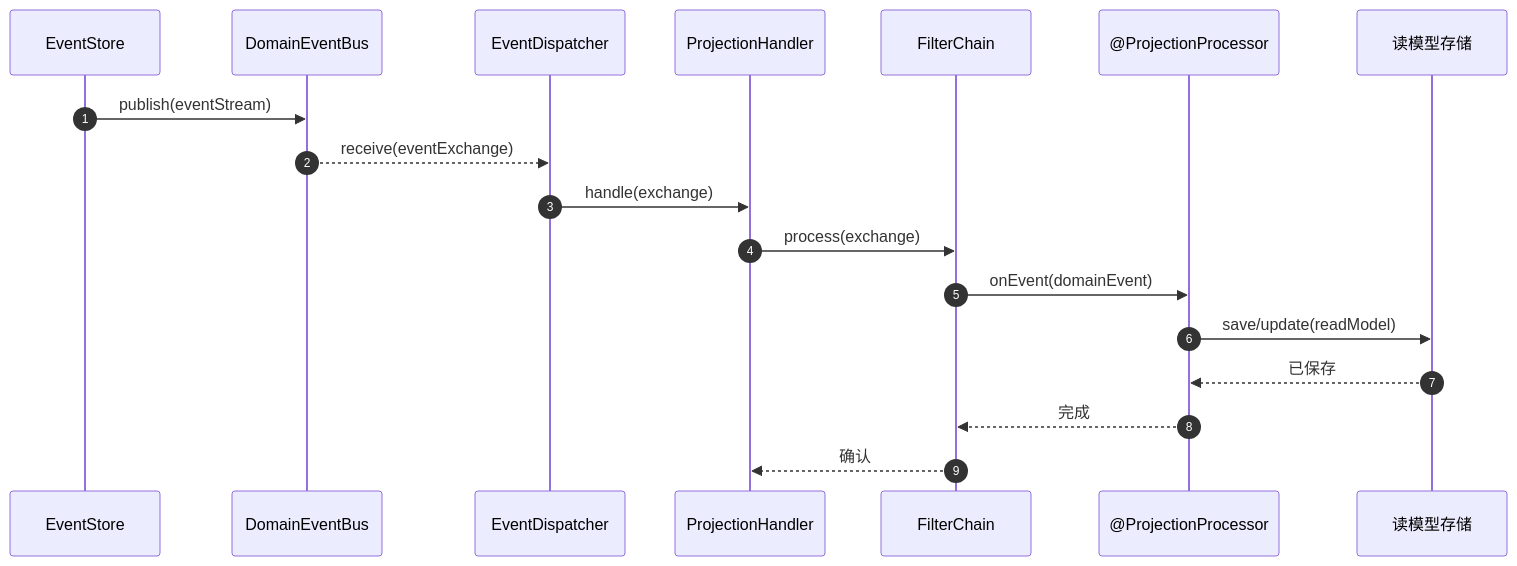
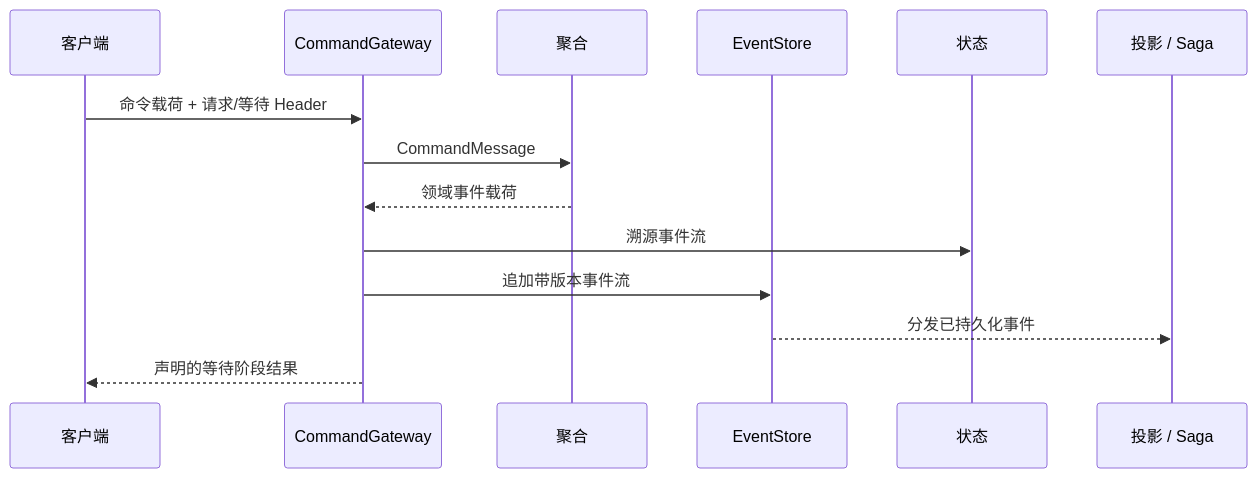
Before and after one commit to Ahoo-Wang/Wow: the diagram in documentation/docs/zh/guide/core-concepts.md, drawn with Mermaid. The commit also changed other lines of this file and 166 other files, not shown here.

````diff
--- a/documentation/docs/zh/guide/core-concepts.md
+++ b/documentation/docs/zh/guide/core-concepts.md
@@ -241,21 +151,17 @@
 ```mermaid
 sequenceDiagram
-    autonumber
-    participant ES as EventStore
-    participant EBus as DomainEventBus
-    participant Dispatcher as EventDispatcher
-    participant ProjHandler as ProjectionHandler
-    participant Filter as FilterChain
-    participant Proj as @ProjectionProcessor
-    participant Repo as 读模型存储
+    participant Client as 客户端
+    participant Gateway as CommandGateway
+    participant Aggregate as 聚合
+    participant Store as EventStore
+    participant State as 状态
+    participant Processor as 投影 / Saga
 
-    ES->>EBus: publish(eventStream)
-    EBus-->>Dispatcher: receive(eventExchange)
-    Dispatcher->>ProjHandler: handle(exchange)
-    ProjHandler->>Filter: process(exchange)
-    Filter->>Proj: onEvent(domainEvent)
-    Proj->>Repo: save/update(readModel)
-    Repo-->>Proj: 已保存
-    Proj-->>Filter: 完成
-    Filter-->>ProjHandler: 确认
+    Client->>Gateway: 命令载荷 + 请求/等待 Header
+    Gateway->>Aggregate: CommandMessage
+    Aggregate-->>Gateway: 领域事件载荷
+    Gateway->>State: 溯源事件流
+    Gateway->>Store: 追加带版本事件流
+    Store-->>Processor: 分发已持久化事件
+    Gateway-->>Client: 声明的等待阶段结果
 ```
````
